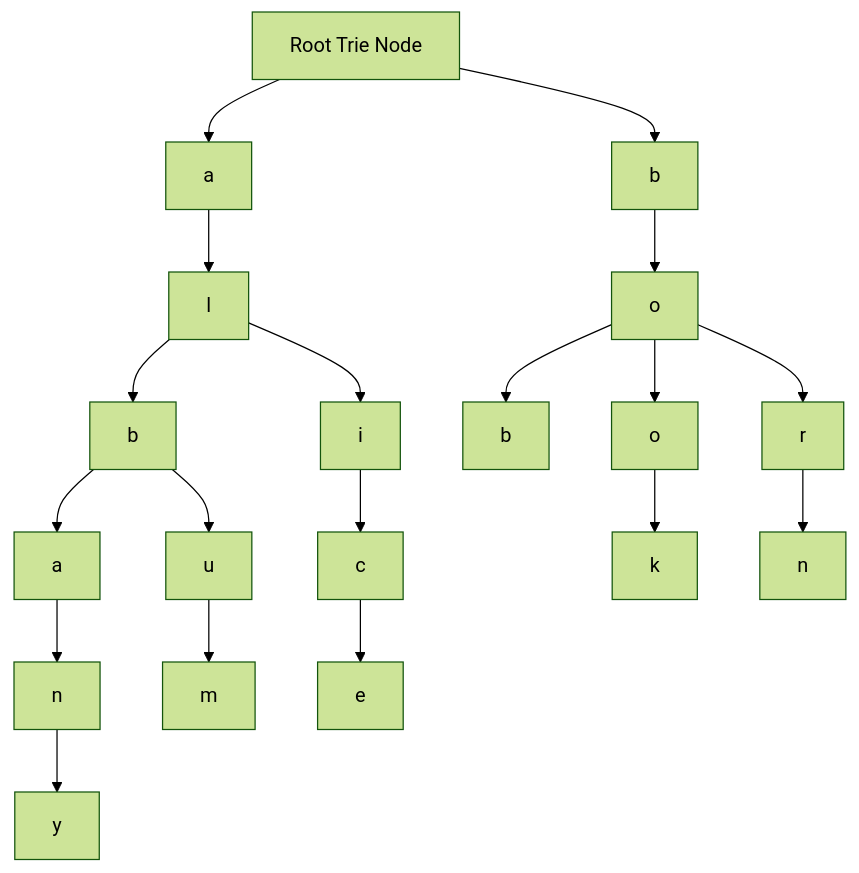
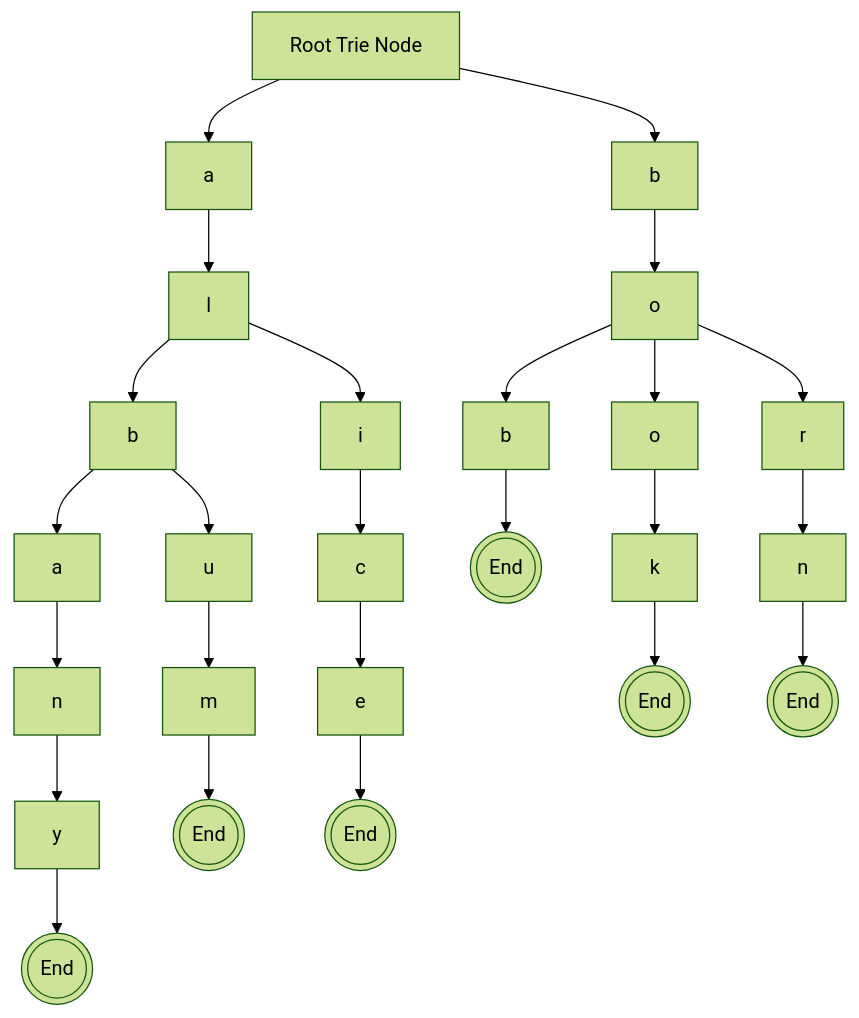
The diagram in README.md (kamauwashington/trie-structure), drawn with Mermaid (forest theme) before and after one commit.

Commit message:
added end nodes

````diff
--- a/README.md
+++ b/README.md
@@ -36,22 +36,28 @@
 ```mermaid
 graph TD;
     Root[Root Trie Node]-->a;
     a-->al[l]
     al-->alb[b];
     alb-->alba[a]
     alba-->alban[n]
     alban-->albany[y]
+    albany-->-stop@{ shape: dbl-circ, label: "End" }
     alb-->albu[u]
     albu-->album[m]
+    album-->album-stop@{ shape: dbl-circ, label: "End" }
     al-->ali[i]
     ali-->alic[c]
     alic-->alice[e]
+    alice-->alice-stop@{ shape: dbl-circ, label: "End" }
 
     Root-->b[b]
     b-->bo[o]
     bo-->bob[b]
+    bob-->bob-stop@{ shape: dbl-circ, label: "End" }
     bo-->boo[o]
     boo-->book[k]
+    book-->book-stop@{ shape: dbl-circ, label: "End" }
     bo-->bor[r]
     bor-->born[n]
+    born-->born-stop@{ shape: dbl-circ, label: "End" }
 ```
````
